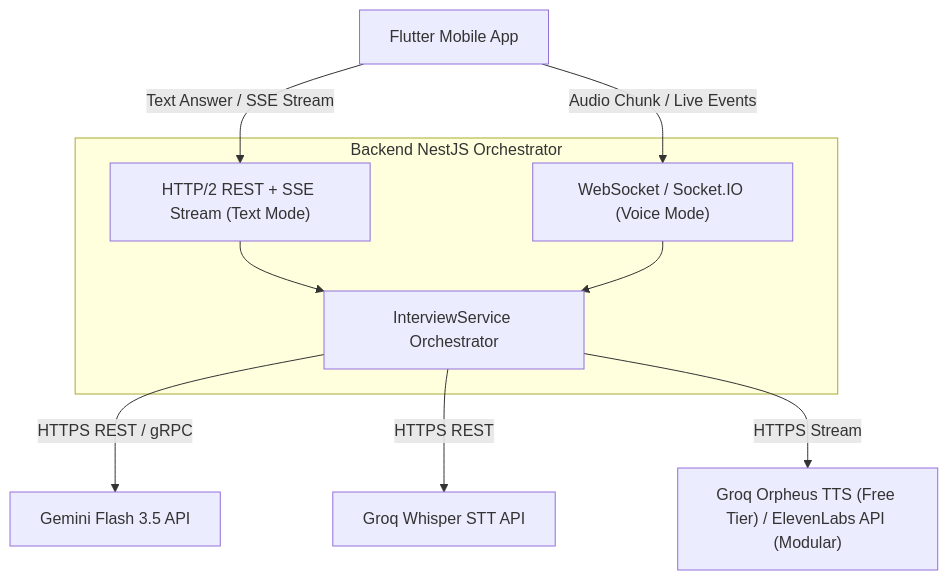
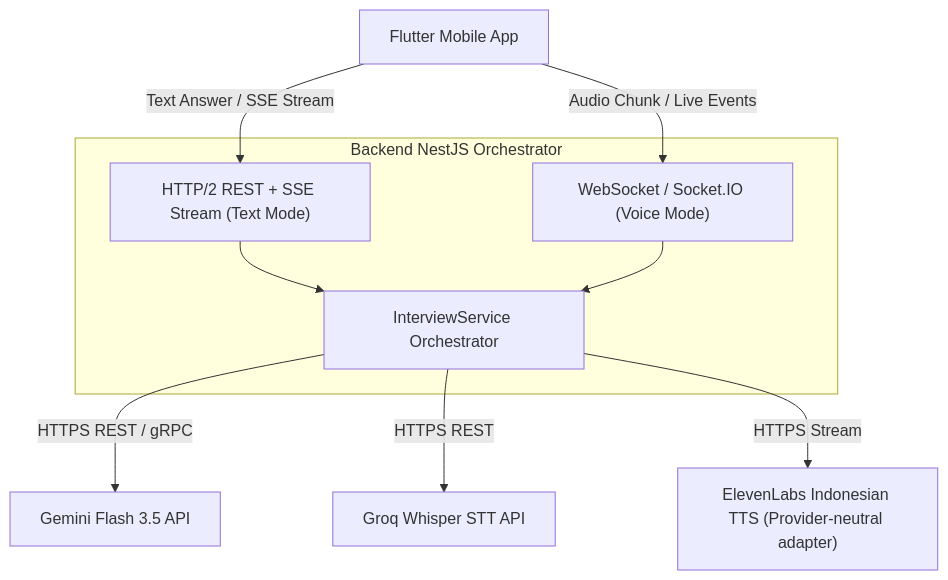
Before and after one commit to ahmdtrdi/yudha-app: the first of 3 diagrams in docs/PRD-AI-INTERVIEW.md, drawn with Mermaid. The commit also changed other lines of this file and 30 other files, not shown here.

````diff
--- a/docs/PRD-AI-INTERVIEW.md
+++ b/docs/PRD-AI-INTERVIEW.md
@@ -60,14 +60,14 @@
 ```mermaid
 graph TD
     Client[Flutter Mobile App] -->|Text Answer / SSE Stream| REST["HTTP/2 REST + SSE Stream (Text Mode)"]
     Client -->|Audio Chunk / Live Events| WS["WebSocket / Socket.IO (Voice Mode)"]
     
     subgraph Backend NestJS Orchestrator
         REST --> Service[InterviewService Orchestrator]
         WS --> Service
     end
 
     Service -->|HTTPS REST / gRPC| Gemini[Gemini Flash 3.5 API]
     Service -->|HTTPS REST| Groq[Groq Whisper STT API]
-    Service -->|HTTPS Stream| TTS["Groq Orpheus TTS (Free Tier) / ElevenLabs API (Modular)"]
+    Service -->|HTTPS Stream| TTS["ElevenLabs Indonesian TTS (Provider-neutral adapter)"]
 ```
````
